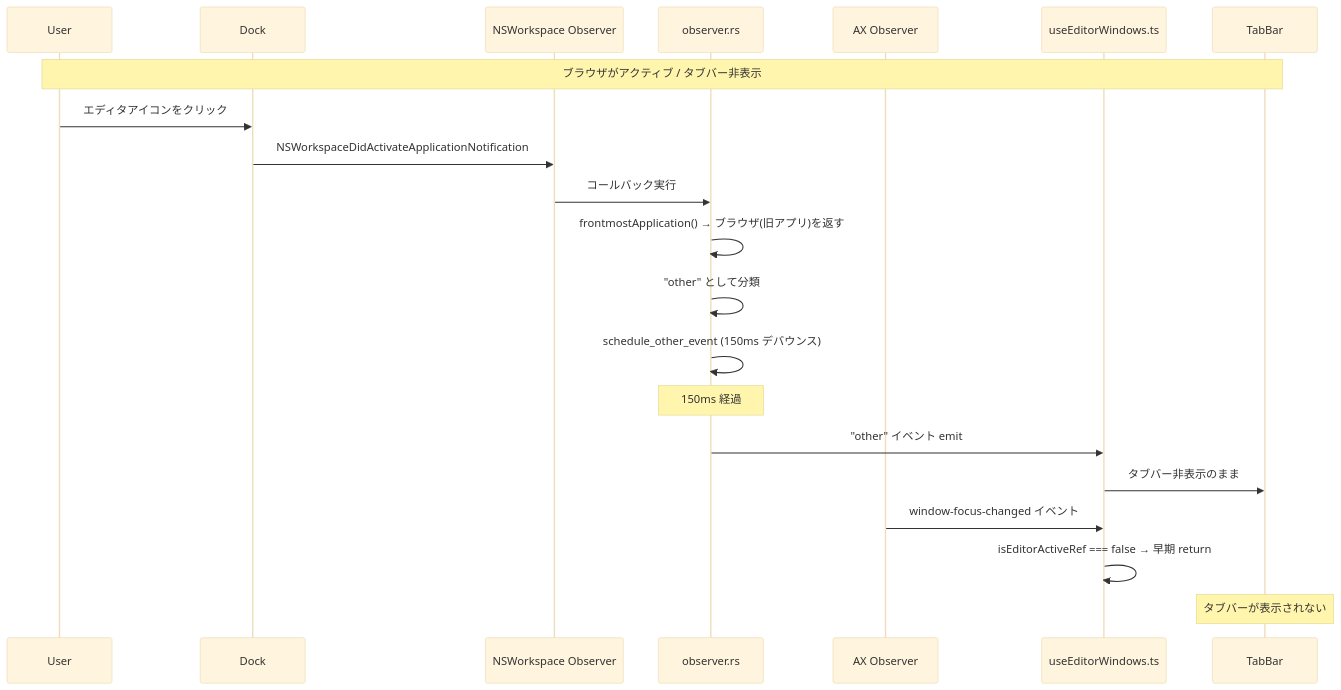
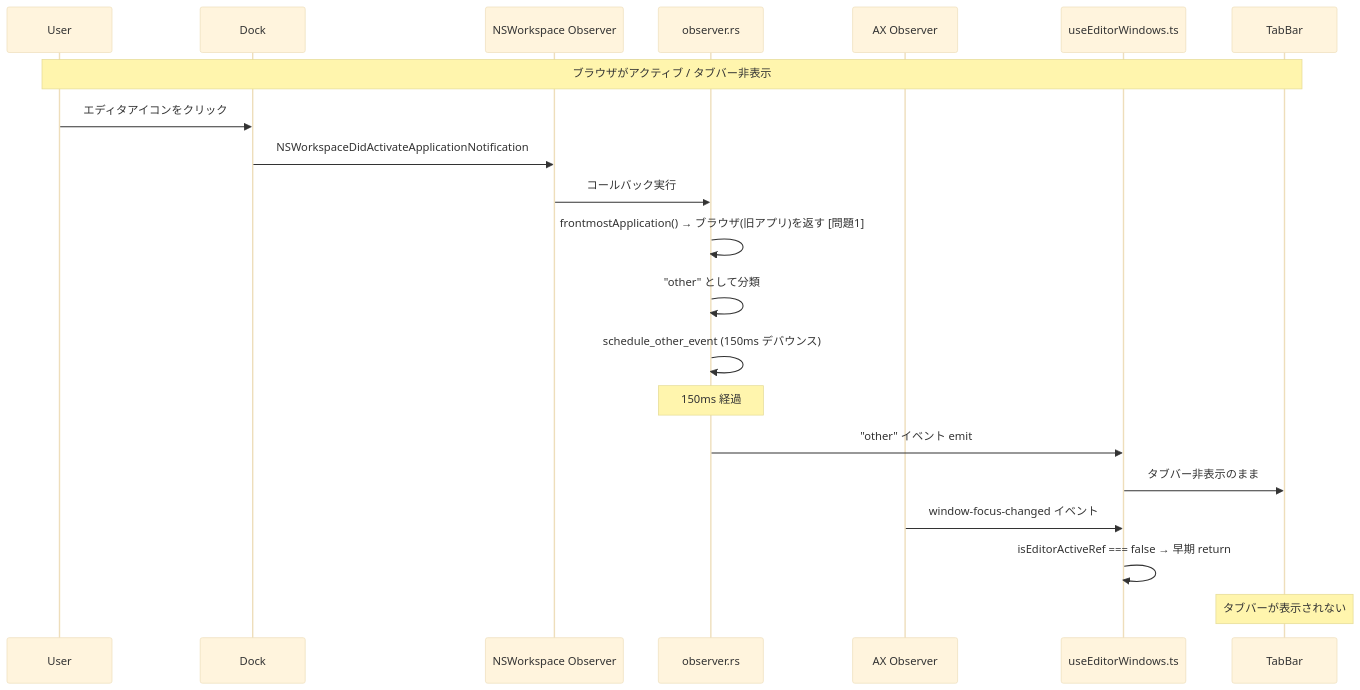
Before and after one commit to 884js/editor-tab-manager: the first of 9 diagrams in docs/Dock切替タブ追従/plan.md, drawn with Mermaid (base theme). The commit also changed other lines of this file and 10 other files, not shown here.

````diff
--- a/docs/Dock切替タブ追従/plan.md
+++ b/docs/Dock切替タブ追従/plan.md
@@ -42,24 +57,24 @@
 ```mermaid
 sequenceDiagram
     participant User
     participant Dock
     participant NSWorkspace as NSWorkspace Observer
     participant observer as observer.rs
     participant AX as AX Observer
     participant Frontend as useEditorWindows.ts
     participant TabBar
 
     Note over User,TabBar: ブラウザがアクティブ / タブバー非表示
     User->>Dock: エディタアイコンをクリック
     Dock->>NSWorkspace: NSWorkspaceDidActivateApplicationNotification
     NSWorkspace->>observer: コールバック実行
-    observer->>observer: frontmostApplication() → ブラウザ(旧アプリ)を返す
+    observer->>observer: frontmostApplication() → ブラウザ(旧アプリ)を返す [問題1]
     observer->>observer: "other" として分類
     observer->>observer: schedule_other_event (150ms デバウンス)
     Note over observer: 150ms 経過
     observer->>Frontend: "other" イベント emit
     Frontend->>TabBar: タブバー非表示のまま
     AX->>Frontend: window-focus-changed イベント
     Frontend->>Frontend: isEditorActiveRef === false → 早期 return
     Note over TabBar: タブバーが表示されない
 ```
````
